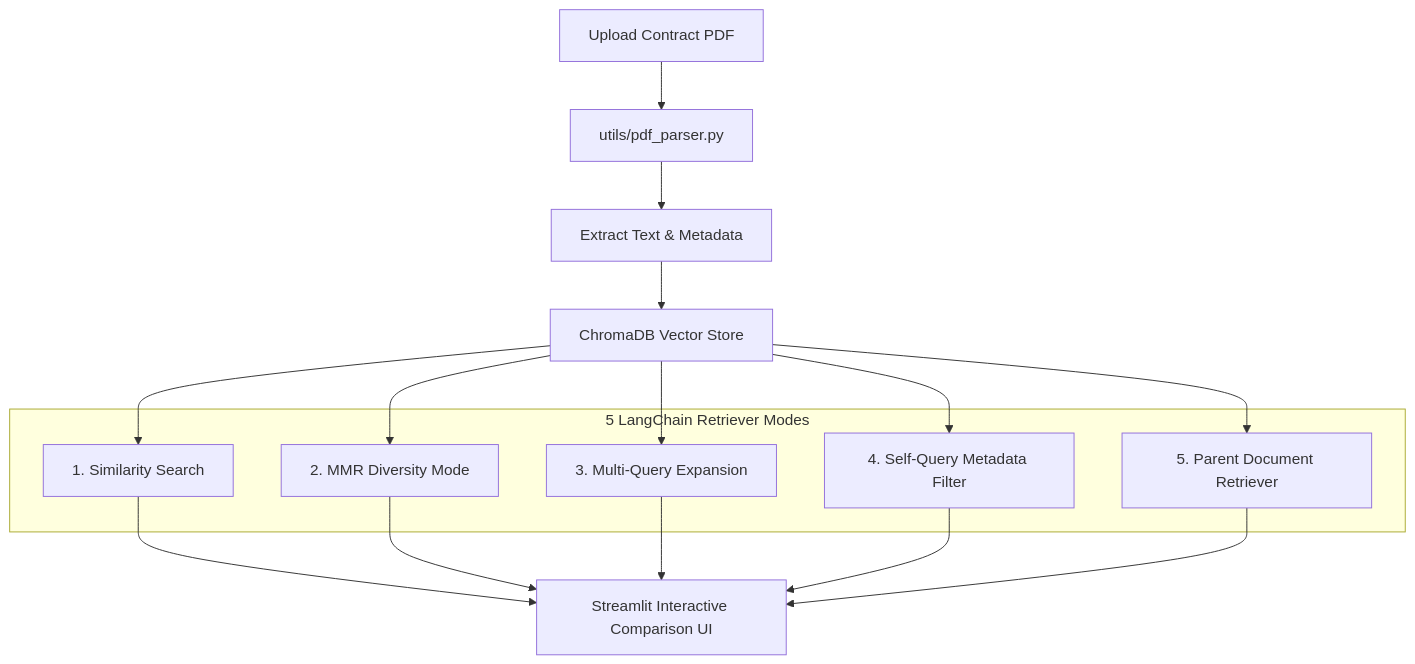
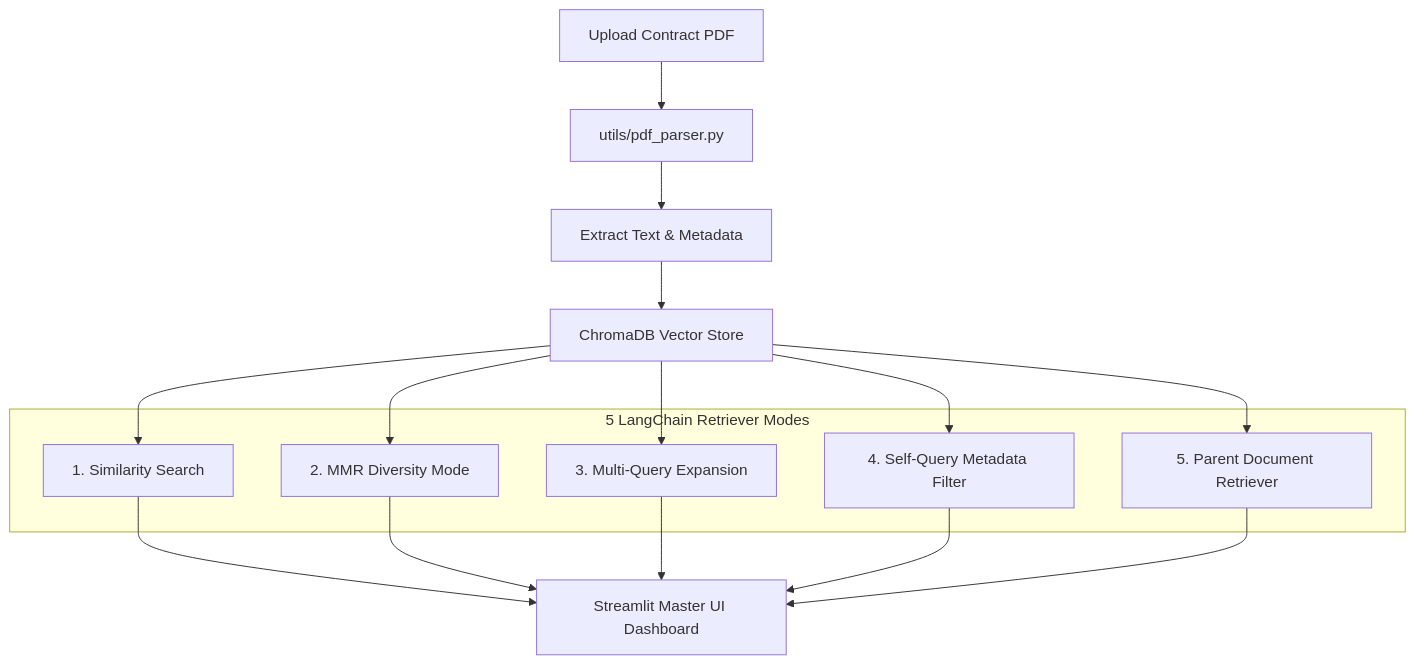
One commit to ShaniOnGitHub/ContractClaw changed the diagram in README.md. Above: the diagram before and after it, drawn with Mermaid. The commit also changed other lines of this file and 17 other files, not shown here.

````diff
--- a/README.md
+++ b/README.md
@@ -26,26 +28,26 @@
 ```mermaid
 graph TD
     A[Upload Contract PDF] --> B[utils/pdf_parser.py]
     B --> C[Extract Text & Metadata]
     C --> D[ChromaDB Vector Store]
     
     subgraph "5 LangChain Retriever Modes"
         E[1. Similarity Search]
         F[2. MMR Diversity Mode]
         G[3. Multi-Query Expansion]
         H[4. Self-Query Metadata Filter]
         I[5. Parent Document Retriever]
     end
     
     D --> E
     D --> F
     D --> G
     D --> H
     D --> I
     
-    E --> J[Streamlit Interactive Comparison UI]
+    E --> J[Streamlit Master UI Dashboard]
     F --> J
     G --> J
     H --> J
     I --> J
 ```
````
